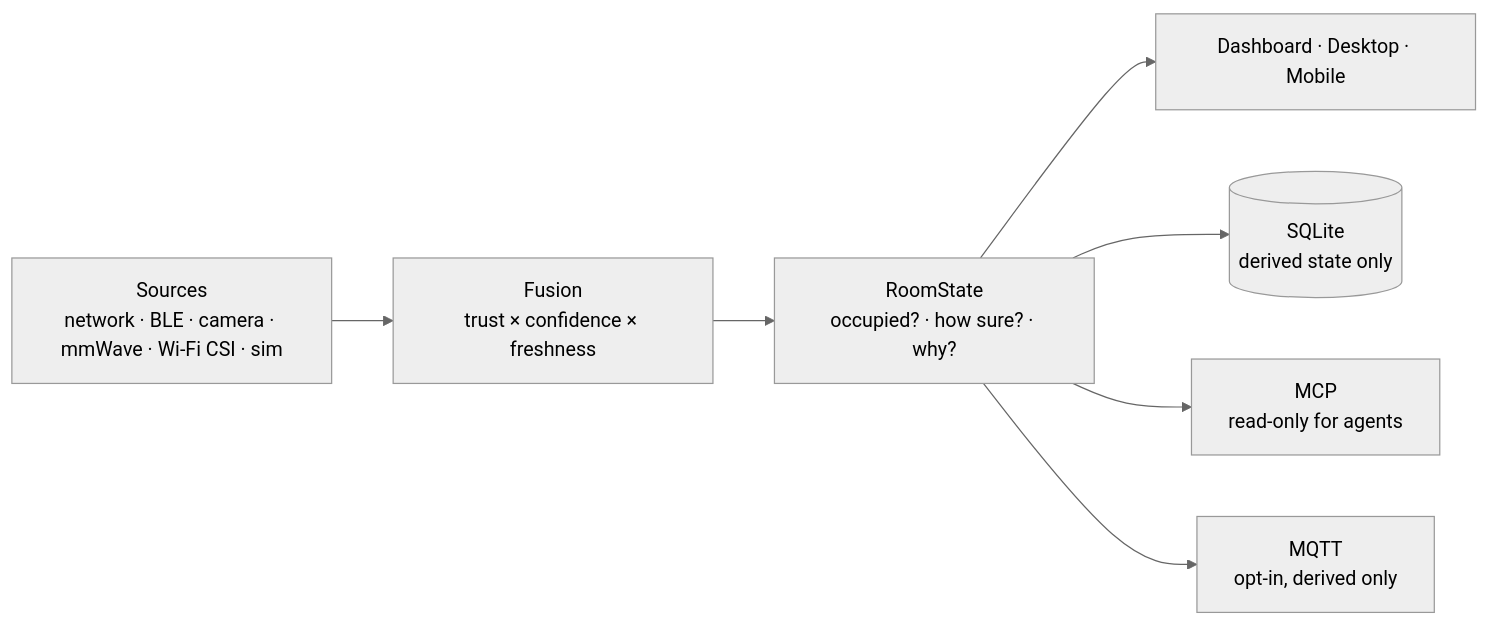
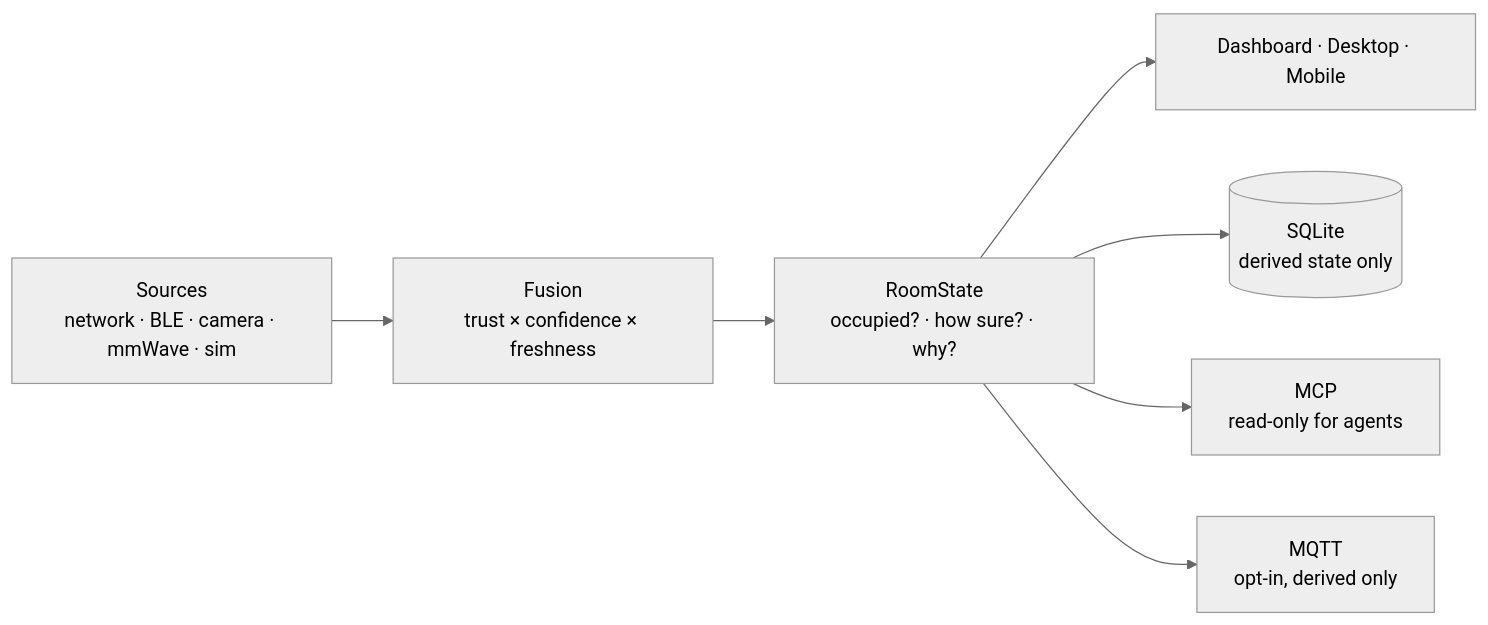
Before and after one commit to augbastos/wavr: the diagram in README.md, drawn with Mermaid (neutral theme). The commit also changed other lines of this file and 1 other file, not shown here.

````diff
--- a/README.md
+++ b/README.md
@@ -118,9 +123,9 @@
 ```mermaid
 flowchart LR
-    S["Sources<br/>network · BLE · camera · mmWave · Wi-Fi CSI · sim"] --> F["Fusion<br/>trust × confidence × freshness"]
+    S["Sources<br/>network · BLE · camera · mmWave · sim"] --> F["Fusion<br/>trust × confidence × freshness"]
     F --> R["RoomState<br/>occupied? · how sure? · why?"]
     R --> D["Dashboard · Desktop · Mobile"]
     R --> DB[("SQLite<br/>derived state only")]
     R --> M["MCP<br/>read-only for agents"]
     R --> MQ["MQTT<br/>opt-in, derived only"]
 ```
````
